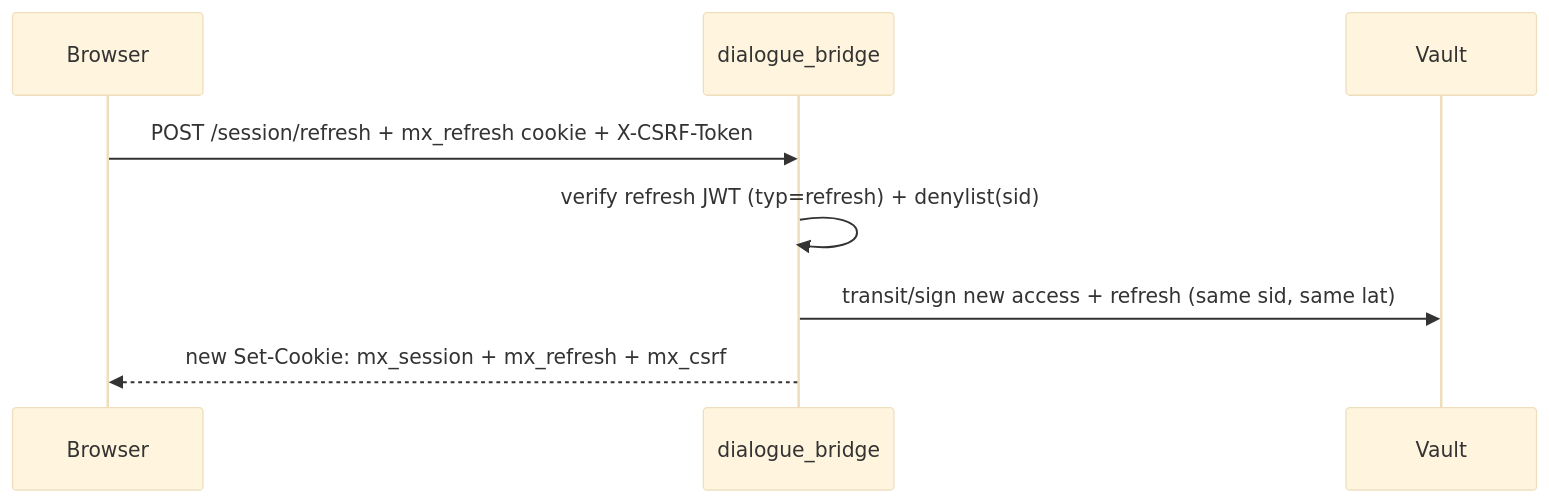
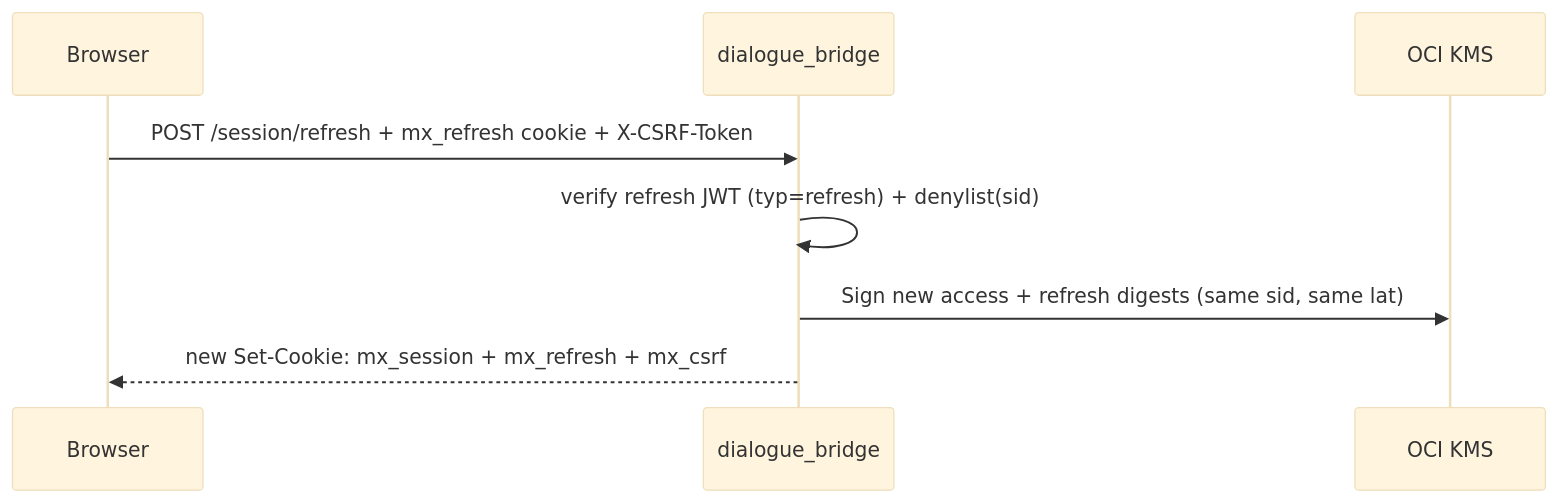
The eighth of 13 diagrams in docs/flows/authentication-and-session.md (konstantinosmpouros/mAgenticX), drawn with Mermaid (base theme) before and after one commit. The commit also changed other lines of this file and 44 other files, not shown here.

Commit message:
feat(dialogue_bridge,agentic_ui): make Microsoft Entra SSO the only login and sign session tokens with an OCI KMS HSM key instead of Vault

````diff
--- a/docs/flows/authentication-and-session.md
+++ b/docs/flows/authentication-and-session.md
@@ -203,11 +270,11 @@
 ```mermaid
 sequenceDiagram
     participant B as Browser
     participant Bridge as dialogue_bridge
-    participant Vault as Vault
+    participant KMS as OCI KMS
 
     B->>Bridge: POST /session/refresh + mx_refresh cookie + X-CSRF-Token
     Bridge->>Bridge: verify refresh JWT (typ=refresh) + denylist(sid)
-    Bridge->>Vault: transit/sign new access + refresh (same sid, same lat)
+    Bridge->>KMS: Sign new access + refresh digests (same sid, same lat)
     Bridge-->>B: new Set-Cookie: mx_session + mx_refresh + mx_csrf
 ```
````
